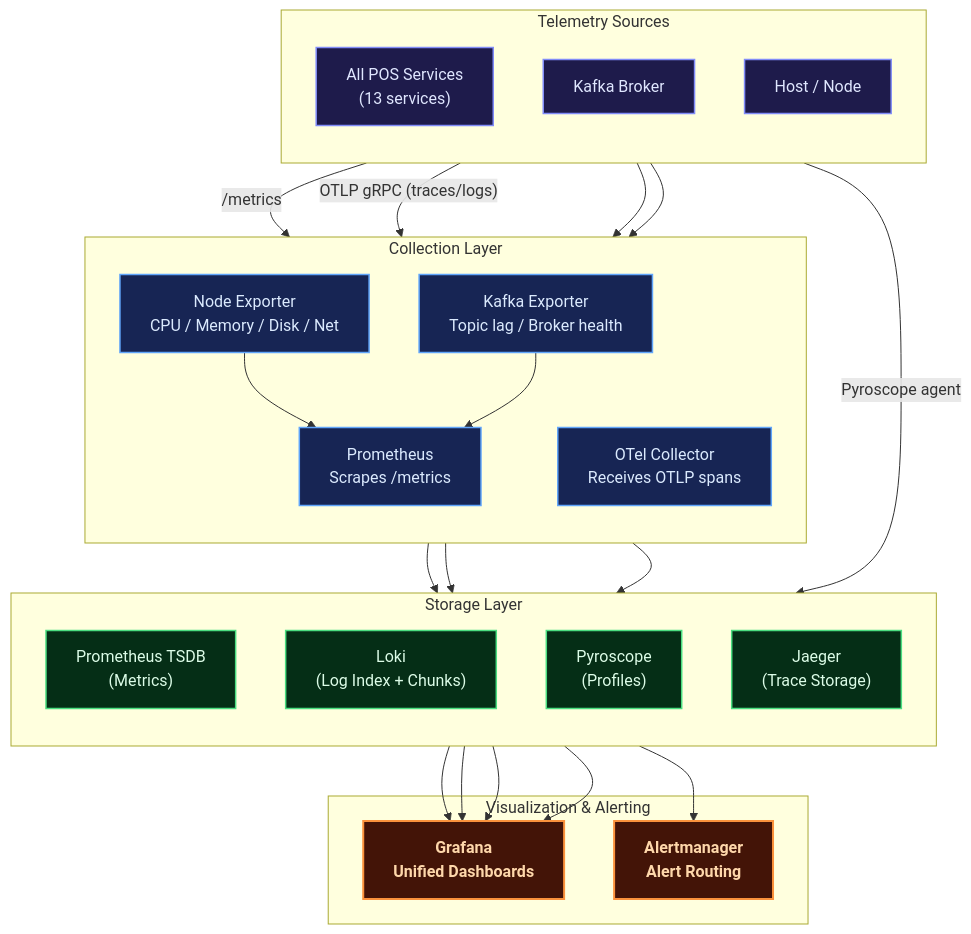
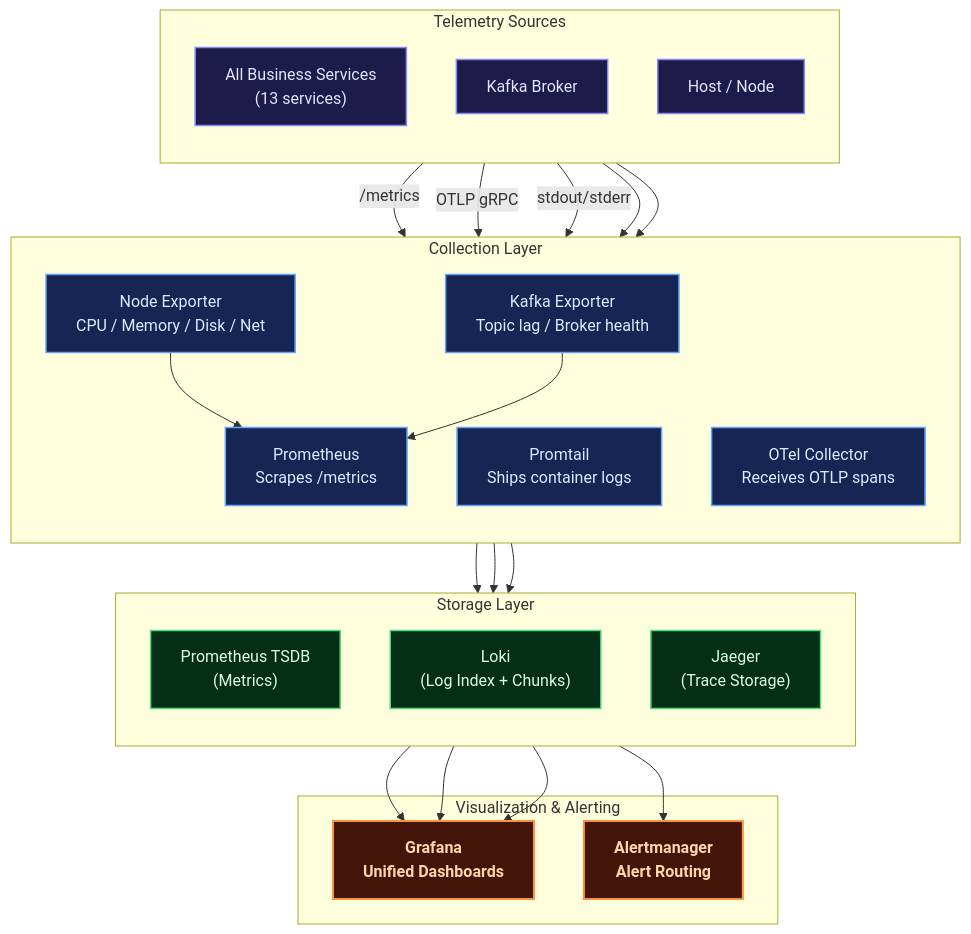
The sixth of 8 diagrams in README.md (MamangRust/monolith-pointofsale-grpc), drawn with Mermaid before and after one commit. The commit also changed other lines of this file and 1046 other files, not shown here.

Commit message:
refactor: reorganize service architectures, update Kubernetes deployments, and optimize shared utility structures.

````diff
--- a/README.md
+++ b/README.md
@@ -311,53 +395,52 @@
 ```mermaid
 graph TB
     classDef service fill:#1e1b4b,stroke:#818cf8,color:#e0e7ff,stroke-width:1.5px
     classDef collector fill:#172554,stroke:#60a5fa,color:#dbeafe,stroke-width:1.5px
     classDef storage fill:#052e16,stroke:#4ade80,color:#dcfce7,stroke-width:1.5px
     classDef viz fill:#431407,stroke:#fb923c,color:#fed7aa,stroke-width:2px,font-weight:bold
 
     subgraph Sources["Telemetry Sources"]
         direction TB
-        SVCS["All POS Services<br/>(13 services)"]:::service
+        SVCS["All Business Services<br/>(13 services)"]:::service
         KAFKA_SRC["Kafka Broker"]:::service
         NODES["Host / Node"]:::service
     end
 
     subgraph Collectors["Collection Layer"]
         direction TB
         PROM["Prometheus<br/>Scrapes /metrics"]:::collector
+        PROMTAIL["Promtail<br/>Ships container logs"]:::collector
         OTEL["OTel Collector<br/>Receives OTLP spans"]:::collector
         NODEX["Node Exporter<br/>CPU / Memory / Disk / Net"]:::collector
         KAFKAX["Kafka Exporter<br/>Topic lag / Broker health"]:::collector
     end
 
     subgraph Storage["Storage Layer"]
         direction TB
         PROM_TSDB["Prometheus TSDB<br/>(Metrics)"]:::storage
         LOKI_STORE["Loki<br/>(Log Index + Chunks)"]:::storage
-        PYRO_STORE["Pyroscope<br/>(Profiles)"]:::storage
         JAEGER_STORE["Jaeger<br/>(Trace Storage)"]:::storage
     end
 
     subgraph Visualization["Visualization & Alerting"]
         GRAFANA["Grafana<br/>Unified Dashboards"]:::viz
         ALERTMGR["Alertmanager<br/>Alert Routing"]:::viz
     end
 
     SVCS -->|"/metrics"| PROM
-    SVCS -->|"OTLP gRPC (traces/logs)"| OTEL
-    SVCS -->|"Pyroscope agent"| PYRO_STORE
+    SVCS -->|"OTLP gRPC"| OTEL
+    SVCS -->|"stdout/stderr"| PROMTAIL
     NODES --> NODEX
     KAFKA_SRC --> KAFKAX
 
     NODEX --> PROM
     KAFKAX --> PROM
     PROM --> PROM_TSDB
+    PROMTAIL --> LOKI_STORE
     OTEL --> JAEGER_STORE
-    OTEL --> LOKI_STORE
 
     PROM_TSDB --> GRAFANA
     LOKI_STORE --> GRAFANA
-    PYRO_STORE --> GRAFANA
     JAEGER_STORE --> GRAFANA
     PROM_TSDB --> ALERTMGR
 ```
````
